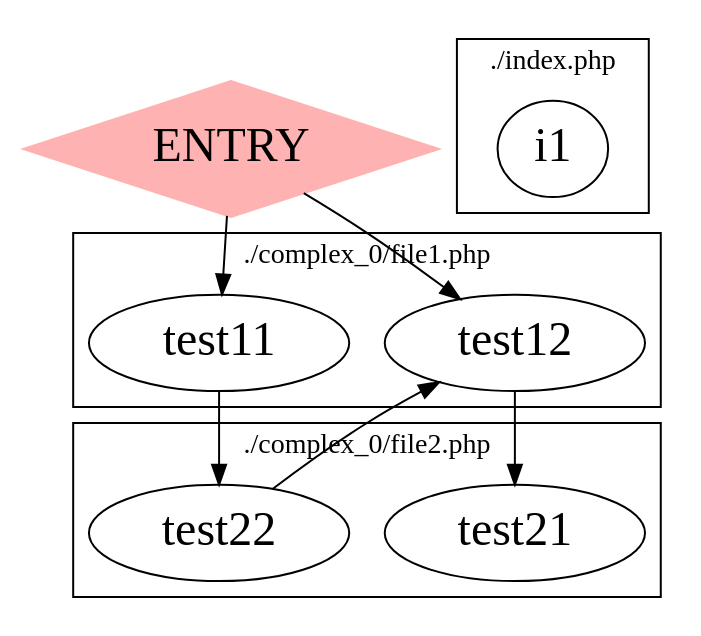
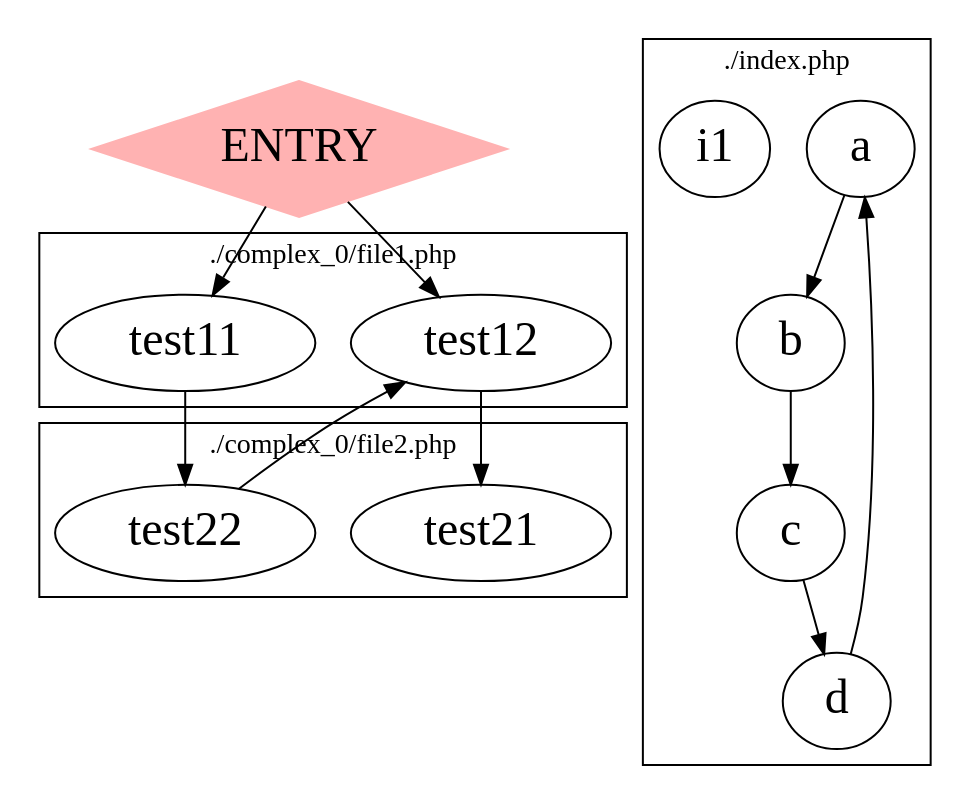
One commit to kirillmakhonin/chistach changed the diagram in examples/complex_3/call_graph.dot. Above: the diagram before and after it, drawn with Graphviz. The commit also changed 7 other files, not shown here.

```diff
--- a/examples/complex_3/call_graph.dot
+++ b/examples/complex_3/call_graph.dot
@@ -1,18 +1,26 @@
 digraph G {
 	ratio=fill; node[fontsize=24];
 
 	ENTRY [shape=diamond,style=filled,color="1.0 .3 1.0"];
 	ENTRY->test12;
 	ENTRY->test11;
+
+	a->b;
+
+	b->c;
+
+	c->d;
+
+	d->a;
 
 	test11->test22;
 
 	test12->test21;
 
 
 	test22->test12;
 
-	subgraph "cluster_./index.php" { label="./index.php"; i1; };
+	subgraph "cluster_./index.php" { label="./index.php"; i1; a; b; c; d; };
 	subgraph "cluster_./complex_0/file1.php" { label="./complex_0/file1.php"; test11; test12; };
 	subgraph "cluster_./complex_0/file2.php" { label="./complex_0/file2.php"; test21; test22; };
 }
```
